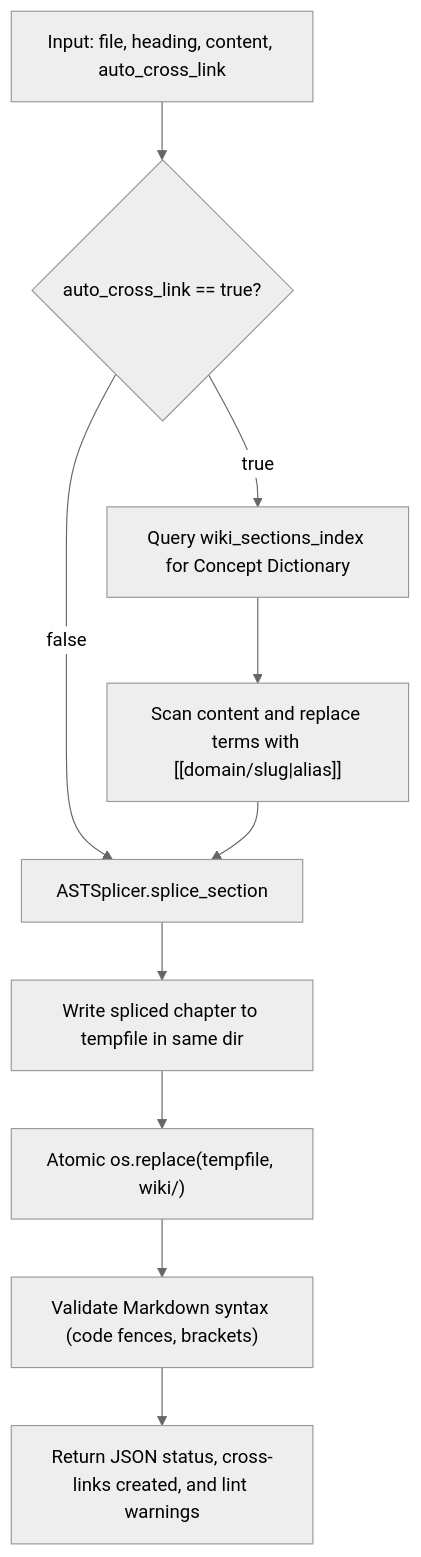
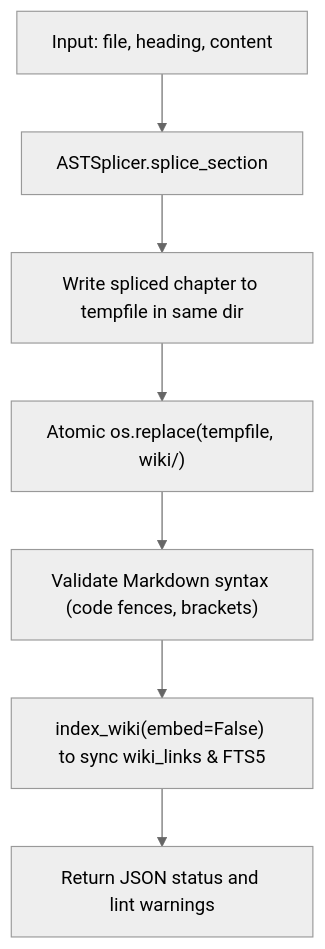
Before and after one commit to prakharVirus1289/llm-wiki: the seventh of 13 diagrams in docs/mcp_tools.md, drawn with Mermaid (neutral theme). The commit also changed other lines of this file and 3 other files, not shown here.

````diff
--- a/docs/mcp_tools.md
+++ b/docs/mcp_tools.md
@@ -593,12 +593,9 @@
 ```mermaid
 flowchart TD
-    Input["Input: file, heading, content, auto_cross_link"] --> CheckAutoLink{"auto_cross_link == true?"}
-    CheckAutoLink -->|true| BuildDict["Query wiki_sections_index for Concept Dictionary"]
-    BuildDict --> ScanLink["Scan content and replace terms with [[domain/slug|alias]]"]
-    CheckAutoLink -->|false| Splice["ASTSplicer.splice_section"]
-    ScanLink --> Splice
+    Input["Input: file, heading, content"] --> Splice["ASTSplicer.splice_section"]
     Splice --> TempFile["Write spliced chapter to tempfile in same dir"]
     TempFile --> AtomicReplace["Atomic os.replace(tempfile, wiki/<file>)"]
     AtomicReplace --> Lint["Validate Markdown syntax (code fences, brackets)"]
-    Lint --> Return["Return JSON status, cross-links created, and lint warnings"]
+    Lint --> Reindex["index_wiki(embed=False) to sync wiki_links & FTS5"]
+    Reindex --> Return["Return JSON status and lint warnings"]
 ```
````
